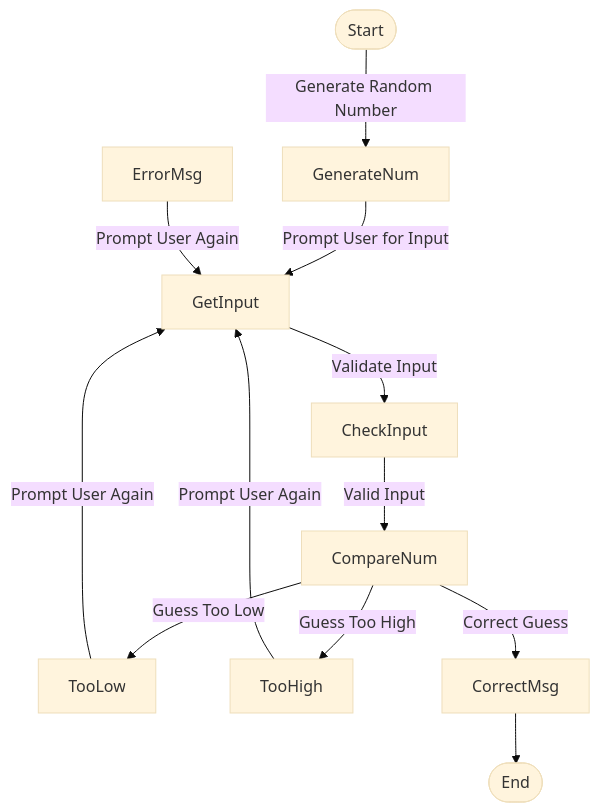
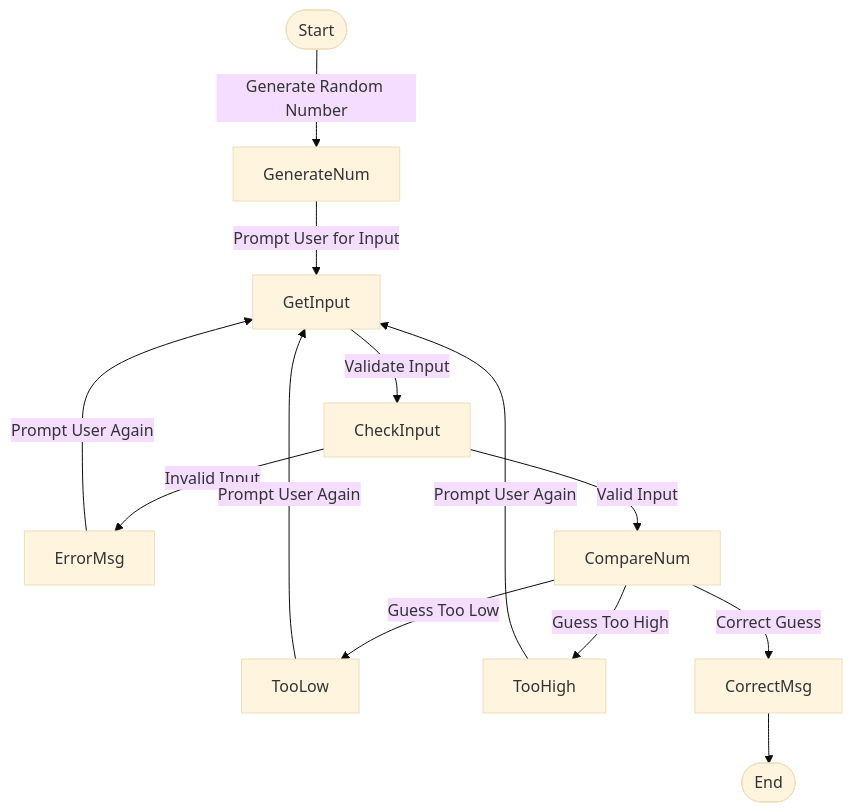
The diagram in README.md (Jhayes0314/Jhayes0314.guessing.md), drawn with Mermaid (base theme) before and after one commit.

````diff
--- a/README.md
+++ b/README.md
@@ -5,14 +5,15 @@
 ```mermaid
 flowchart TD
 Start([Start]) -->|Generate Random Number| GenerateNum
   GenerateNum --> |Prompt User for Input| GetInput
   GetInput -->|Validate Input| CheckInput
+  CheckInput -->|Invalid Input| ErrorMsg
   ErrorMsg -->|Prompt User Again| GetInput
   CheckInput -->|Valid Input| CompareNum
   CompareNum -->|Guess Too Low| TooLow
   TooLow -->|Prompt User Again| GetInput
   CompareNum -->|Guess Too High| TooHigh
   TooHigh -->|Prompt User Again| GetInput
   CompareNum -->|Correct Guess| CorrectMsg
   CorrectMsg --> End([End])
 ```
````
